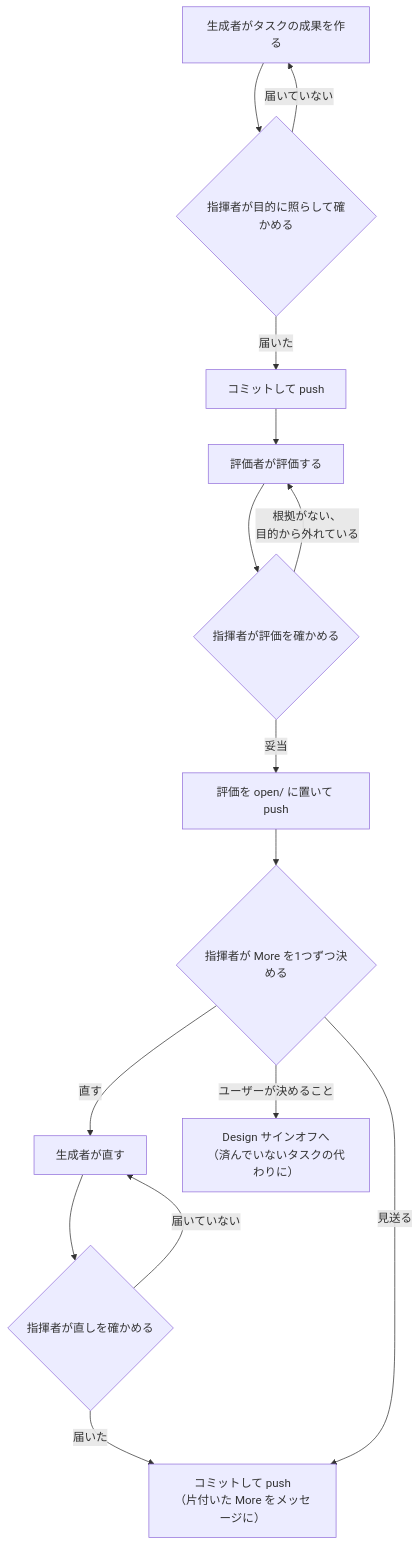
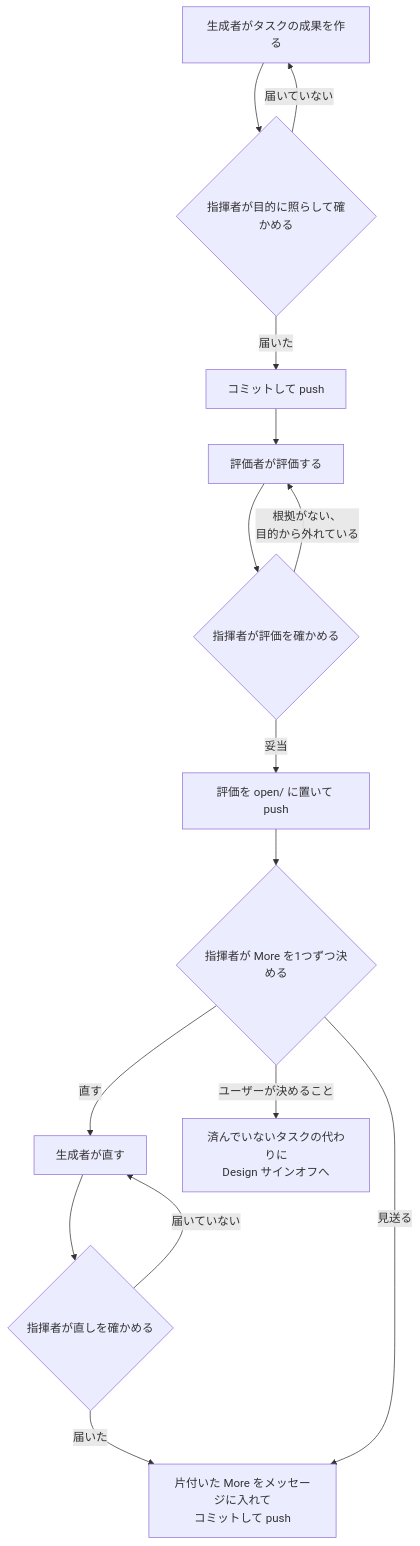
The fifth of 5 diagrams in rn/docs/design.md (lovaizu/ccpm), drawn with Mermaid before and after one commit. The commit also changed other lines of this file, not shown here.

Commit message:
docs(rn): design.md — no parentheses: diagram labels as name and what it is, the field list left to the steering template

````diff
--- a/rn/docs/design.md
+++ b/rn/docs/design.md
@@ -137,28 +137,28 @@
 ```mermaid
 flowchart TD
     M["生成者がタスクの成果を作る"]
     K{"指揮者が目的に照らして確かめる"}
     C["コミットして push"]
     V["評価者が評価する"]
     KE{"指揮者が評価を確かめる"}
     O["評価を open/ に置いて push"]
     D{"指揮者が More を1つずつ決める"}
     F["生成者が直す"]
     FK{"指揮者が直しを確かめる"}
-    S["コミットして push<br/>（片付いた More をメッセージに）"]
-    U["Design サインオフへ<br/>（済んでいないタスクの代わりに）"]
+    S["片付いた More をメッセージに入れて<br/>コミットして push"]
+    U["済んでいないタスクの代わりに<br/>Design サインオフへ"]
     M --> K
     K -->|"届いていない"| M
     K -->|"届いた"| C
     C --> V
     V --> KE
     KE -->|"根拠がない、<br/>目的から外れている"| V
     KE -->|"妥当"| O
     O --> D
     D -->|"直す"| F
     F --> FK
     FK -->|"届いていない"| F
     FK -->|"届いた"| S
     D -->|"見送る"| S
     D -->|"ユーザーが決めること"| U
 ```
````
